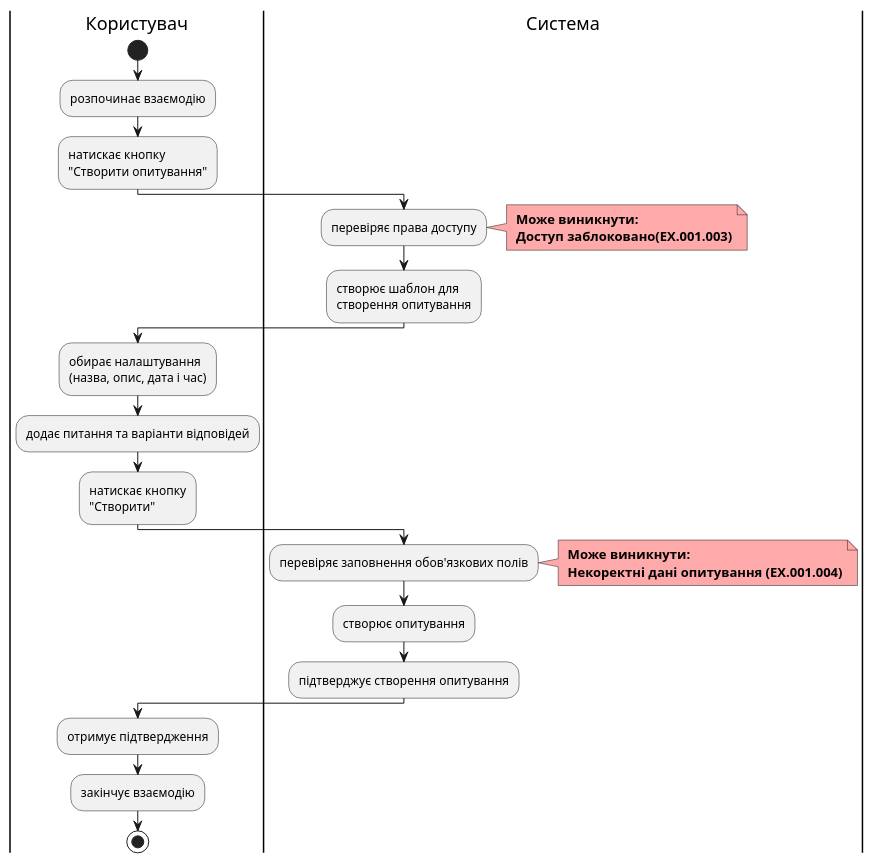
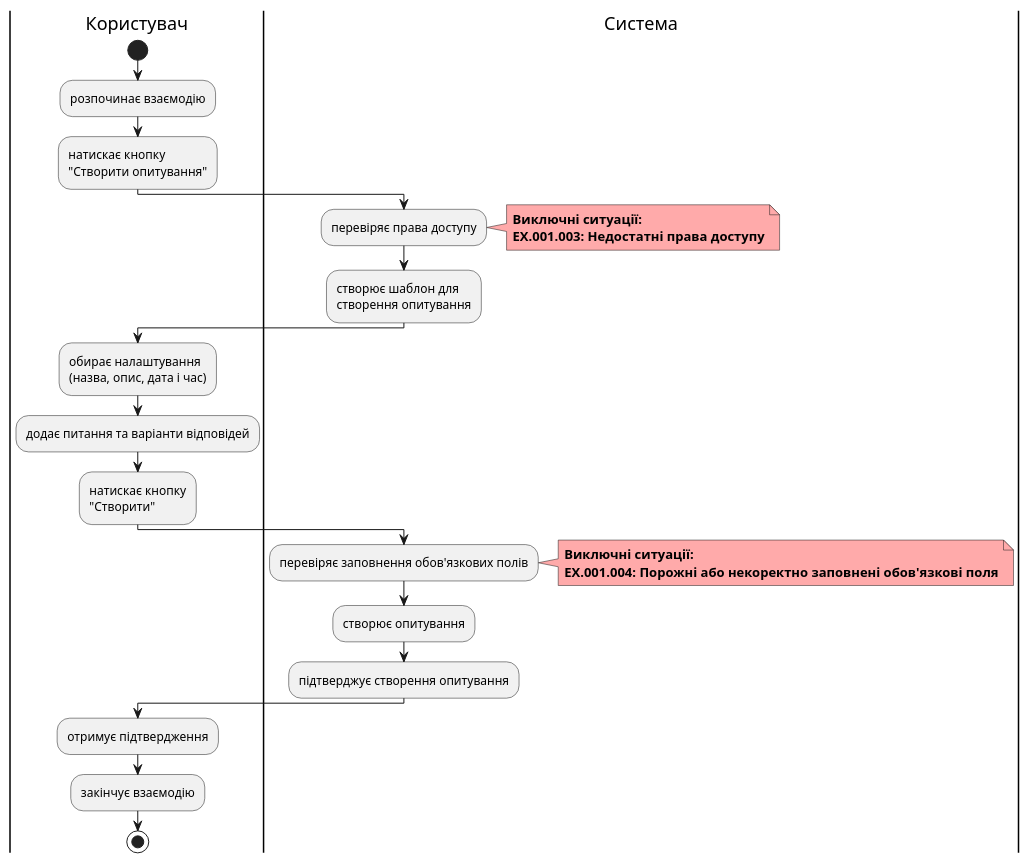
One commit to elidorbeth/edu_db_labs changed the seventh of 11 diagrams in docs/use cases/README.md. Above: the diagram before and after it, drawn with PlantUML. The commit also changed other lines of this file, not shown here.

```diff
--- a/docs/use cases/README.md
+++ b/docs/use cases/README.md
@@ -282,35 +278,35 @@
 @startuml
 
 |Користувач|
 start
 :розпочинає взаємодію;
 :натискає кнопку\n"Створити опитування";
 
 |Система|
 :перевіряє права доступу;
 note right #ffaaaa
-<b> Може виникнути:
-<b> Доступ заблоковано(EX.001.003)
+<b>Виключні ситуації:
+<b>EX.001.003: Недостатні права доступу
 end note
 :створює шаблон для\nстворення опитування;
 
 |Користувач|
 :обирає налаштування\n(назва, опис, дата і час);
 :додає питання та варіанти відповідей;
 :натискає кнопку\n"Створити";
 
 |Система|
 :перевіряє заповнення обов'язкових полів;
 note right #ffaaaa
-<b> Може виникнути:
-<b> Некоректні дані опитування (EX.001.004)
+<b>Виключні ситуації:
+<b>EX.001.004: Порожні або некоректно заповнені обов'язкові поля
 end note
 :створює опитування;
 :підтверджує створення опитування;
 
 |Користувач|
 :отримує підтвердження;
 :закінчує взаємодію;
 stop
 
 @enduml
```
